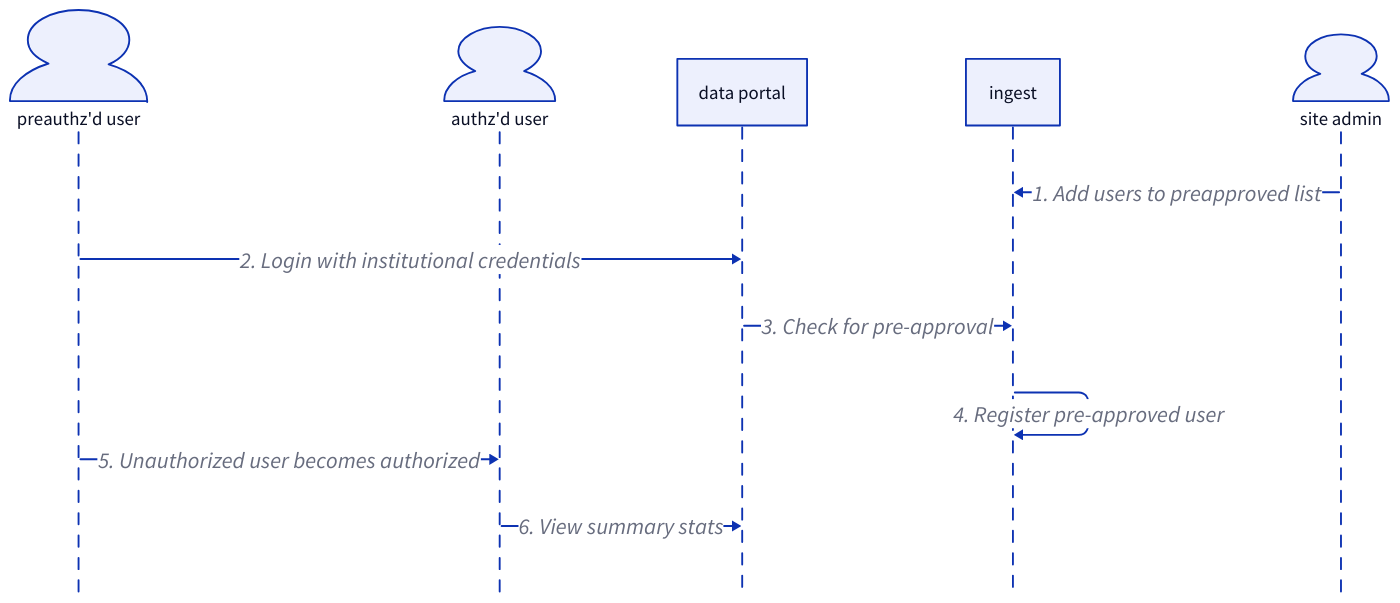
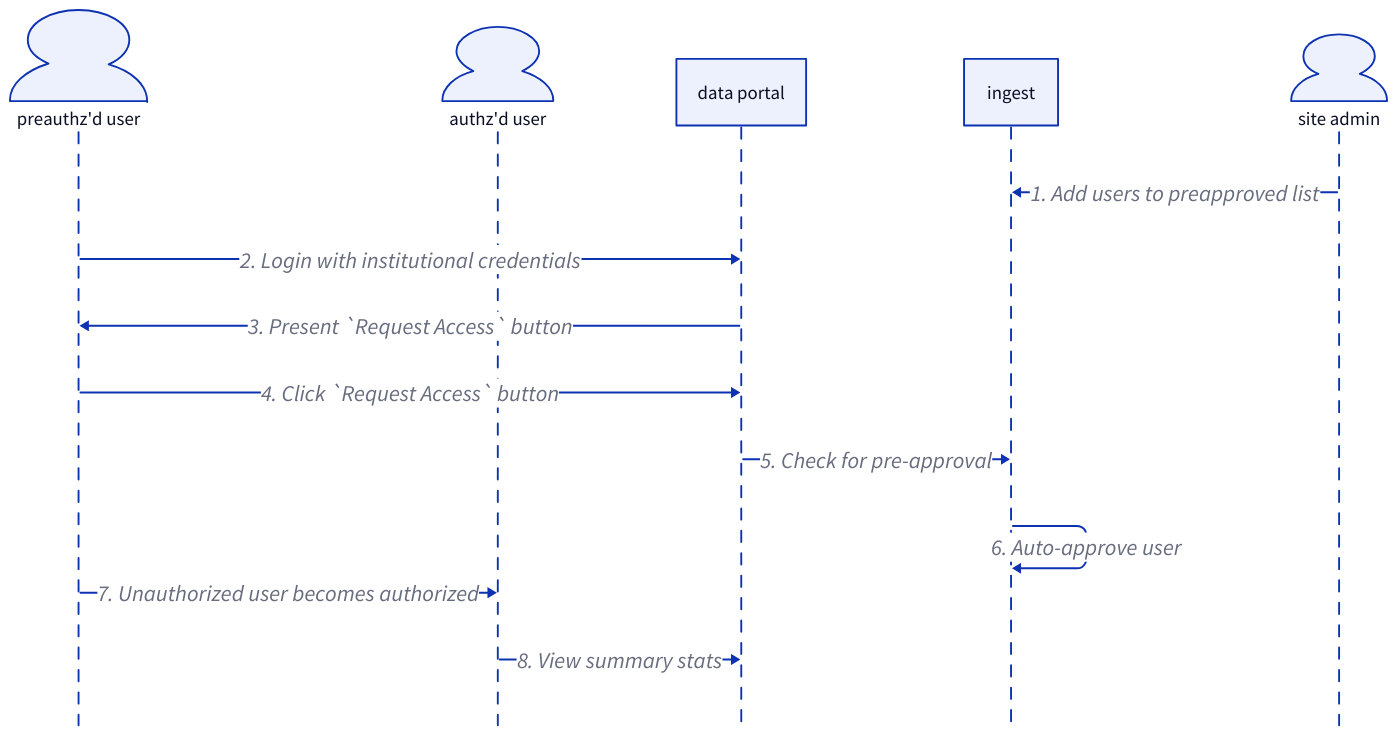
One commit to CanDIG/CanDIGv2 changed the second of 2 diagrams in docs/src/content/docs/user-roles/roles-overview.mdx. Above: the diagram before and after it, drawn with D2. The commit also changed 2 other files, not shown here.

````diff
--- a/docs/src/content/docs/user-roles/roles-overview.mdx
+++ b/docs/src/content/docs/user-roles/roles-overview.mdx
@@ -74,20 +74,22 @@
 ```d2 
 # User request flow
 shape: sequence_diagram
 preauthz'd user: {shape: person}
 preauthz'd user.style.font-size: 20
 authz'd user: {shape: person}
 authz'd user.style.font-size: 20
 data portal
 data portal.style.font-size: 20
 ingest
 ingest.style.font-size: 20
 site admin: {shape: person}
 site admin.style.font-size: 20
 site admin -> ingest: 1. Add users to preapproved list {style: {font-size: 24}}
 preauthz'd user -> data portal: 2. Login with institutional credentials {style: {font-size: 24}}
-data portal -> ingest: 3. Check for pre-approval {style: {font-size: 24}}
-ingest -> ingest: 4. Register pre-approved user {style: {font-size: 24}}
-preauthz'd user -> authz'd user: 5. Unauthorized user becomes authorized {style: {font-size: 24}}
-authz'd user -> data portal: 6. View summary stats {style: {font-size: 24}}
+data portal -> preauthz'd user: 3. Present `Request Access` button {style: {font-size: 24}}
+preauthz'd user -> data portal: 4. Click `Request Access` button {style: {font-size: 24}}
+data portal -> ingest: 5. Check for pre-approval {style: {font-size: 24}}
+ingest -> ingest: 6. Auto-approve user {style: {font-size: 24}}
+preauthz'd user -> authz'd user: 7. Unauthorized user becomes authorized {style: {font-size: 24}}
+authz'd user -> data portal: 8. View summary stats {style: {font-size: 24}}
 ```
````
